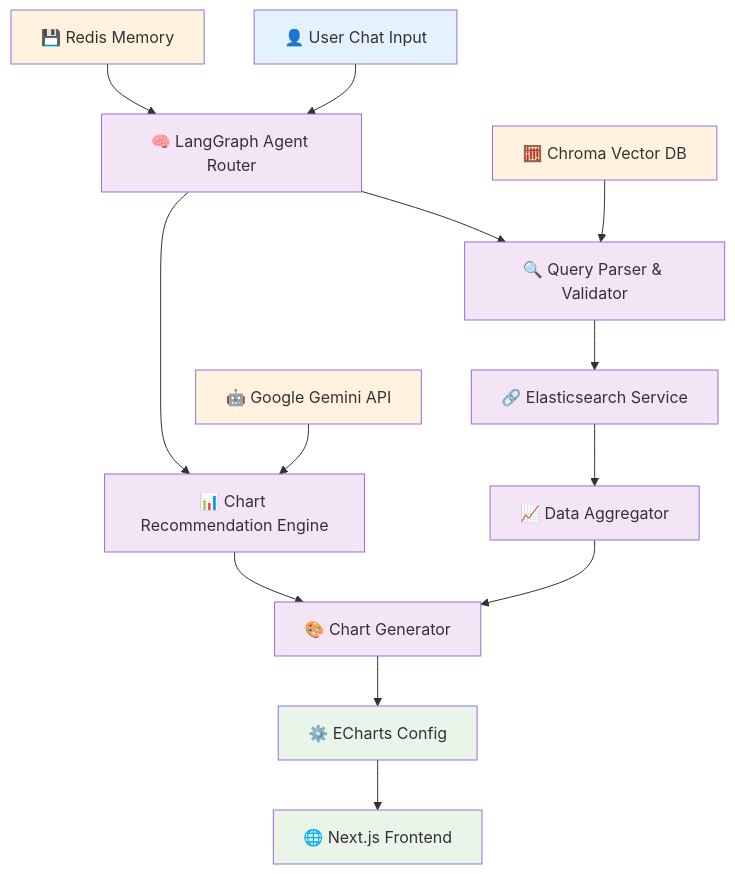
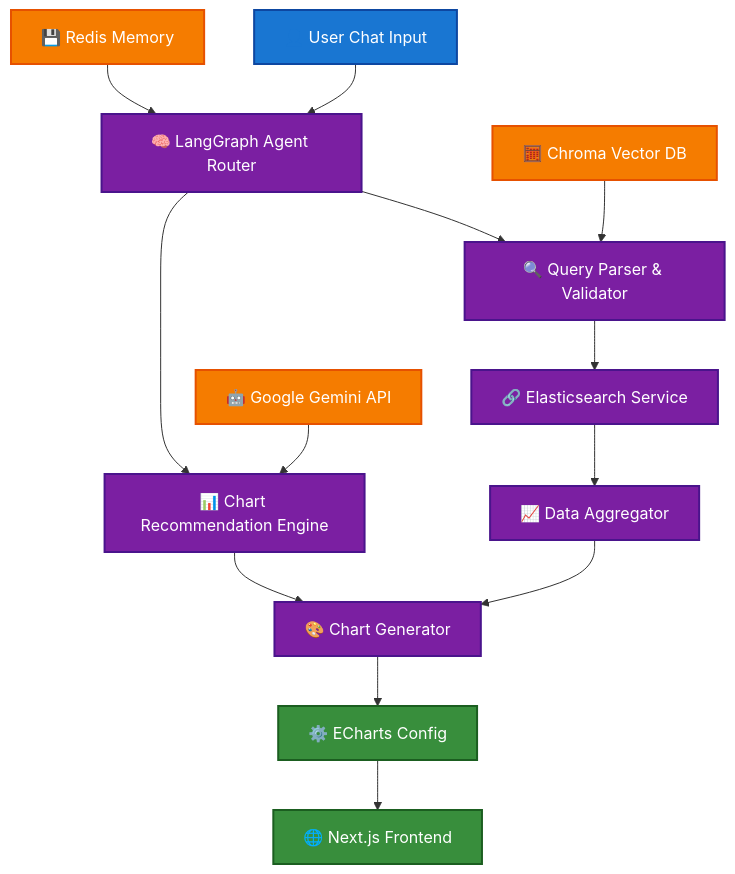
Before and after one commit to ultimateBroK/elasticsearch_agent: the first of 2 diagrams in README.md, drawn with Mermaid. The commit also changed other lines of this file, not shown here.

First line of the commit message:
🎨 Update README styling for dark mode compatibility

````diff
--- a/README.md
+++ b/README.md
@@ -133,33 +133,33 @@
 ```mermaid
 graph TB
     %% User Interface Layer
     A["👤 User Chat Input"] --> B["🧠 LangGraph Agent Router"]
     B --> C["🔍 Query Parser & Validator"]
     B --> D["📊 Chart Recommendation Engine"]
     
     %% Core Processing
     C --> E["🔗 Elasticsearch Service"]
     E --> F["📈 Data Aggregator"]
     F --> G["🎨 Chart Generator"]
     D --> G
     
     %% Output Layer
     G --> H["⚙️ ECharts Config"]
     H --> I["🌐 Next.js Frontend"]
     
     %% Memory & Intelligence Layer
     J["💾 Redis Memory"] --> B
     K["🧮 Chroma Vector DB"] --> C
     L["🤖 Google Gemini API"] --> D
     
-    %% Styling
-    classDef input fill:#e3f2fd
-    classDef processing fill:#f3e5f5
-    classDef output fill:#e8f5e8
-    classDef memory fill:#fff3e0
+    %% Styling for both light and dark modes
+    classDef input fill:#1976d2,stroke:#0d47a1,stroke-width:2px,color:#ffffff
+    classDef processing fill:#7b1fa2,stroke:#4a148c,stroke-width:2px,color:#ffffff
+    classDef output fill:#388e3c,stroke:#1b5e20,stroke-width:2px,color:#ffffff
+    classDef memory fill:#f57c00,stroke:#e65100,stroke-width:2px,color:#ffffff
     
     class A input
     class B,C,D,E,F,G processing
     class H,I output
     class J,K,L memory
 ```
````
